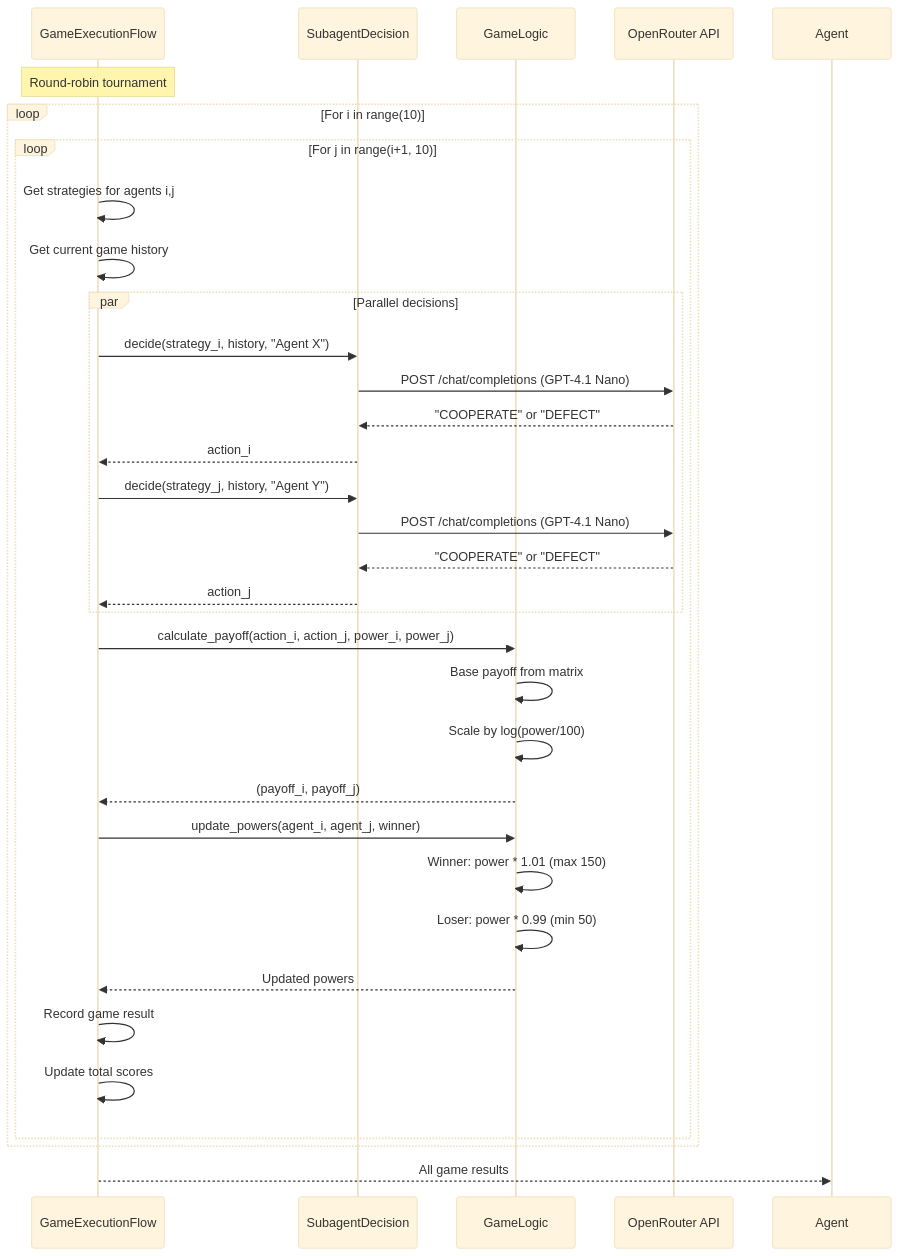
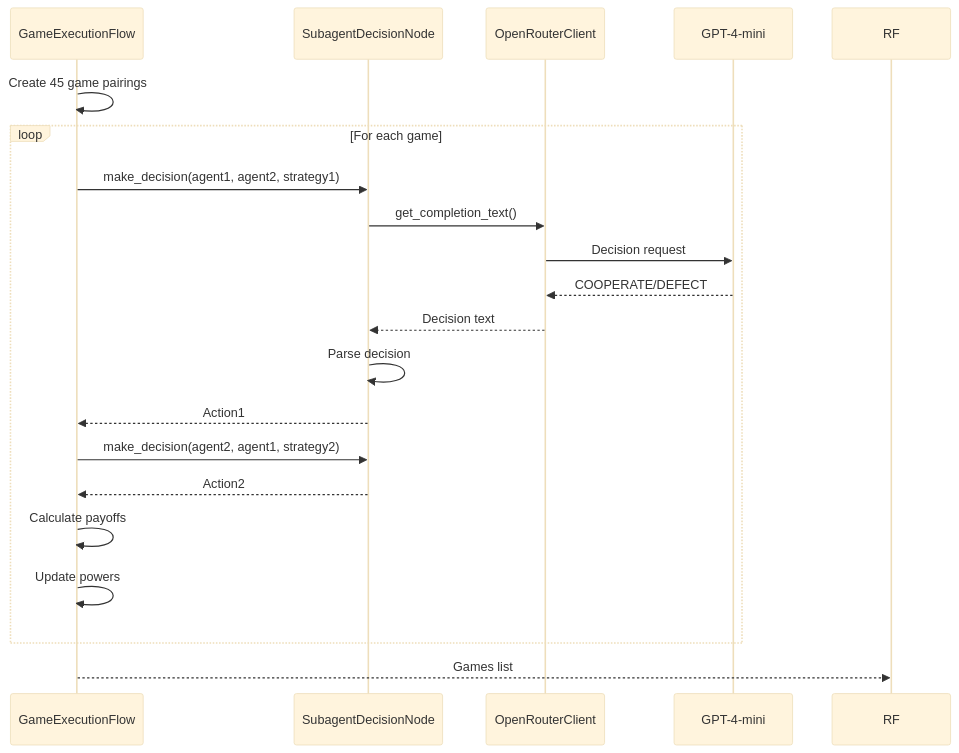
Before and after one commit to LucaDeLeo/superrationality: the fourth of 8 diagrams in docs/architecture.md, drawn with Mermaid (base theme). The commit also changed other lines of this file, not shown here.

First line of the commit message:
Update architecture documentation to reflect simplified codebase

````diff
--- a/docs/architecture.md
+++ b/docs/architecture.md
@@ -824,43 +462,25 @@
 ```mermaid
 sequenceDiagram
     participant GE as GameExecutionFlow
-    participant SD as SubagentDecision
-    participant GL as GameLogic
-    participant API as OpenRouter API
-
-    Note over GE: Round-robin tournament
-
-    loop For i in range(10)
-        loop For j in range(i+1, 10)
-            GE->>GE: Get strategies for agents i,j
-            GE->>GE: Get current game history
-
-            par Parallel decisions
-                GE->>SD: decide(strategy_i, history, "Agent X")
-                SD->>API: POST /chat/completions (GPT-4.1 Nano)
-                API-->>SD: "COOPERATE" or "DEFECT"
-                SD-->>GE: action_i
-
-                GE->>SD: decide(strategy_j, history, "Agent Y")
-                SD->>API: POST /chat/completions (GPT-4.1 Nano)
-                API-->>SD: "COOPERATE" or "DEFECT"
-                SD-->>GE: action_j
-            end
-
-            GE->>GL: calculate_payoff(action_i, action_j, power_i, power_j)
-            GL->>GL: Base payoff from matrix
-            GL->>GL: Scale by log(power/100)
-            GL-->>GE: (payoff_i, payoff_j)
-
-            GE->>GL: update_powers(agent_i, agent_j, winner)
-            GL->>GL: Winner: power * 1.01 (max 150)
-            GL->>GL: Loser: power * 0.99 (min 50)
-            GL-->>GE: Updated powers
-
-            GE->>GE: Record game result
-            GE->>GE: Update total scores
-        end
+    participant SD as SubagentDecisionNode
+    participant API as OpenRouterClient
+    participant LLM as GPT-4-mini
+    
+    GE->>GE: Create 45 game pairings
+    loop For each game
+        GE->>SD: make_decision(agent1, agent2, strategy1)
+        SD->>API: get_completion_text()
+        API->>LLM: Decision request
+        LLM-->>API: COOPERATE/DEFECT
+        API-->>SD: Decision text
+        SD->>SD: Parse decision
+        SD-->>GE: Action1
+        
+        GE->>SD: make_decision(agent2, agent1, strategy2)
+        SD-->>GE: Action2
+        
+        GE->>GE: Calculate payoffs
+        GE->>GE: Update powers
     end
-
-    GE-->>Agent: All game results
+    GE-->>RF: Games list
 ```
````
